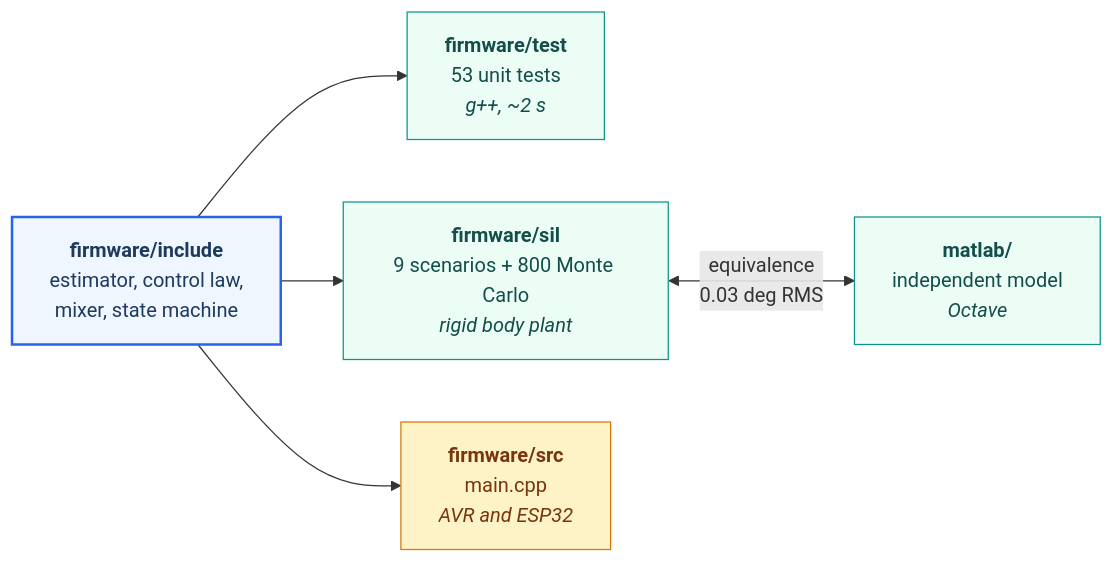
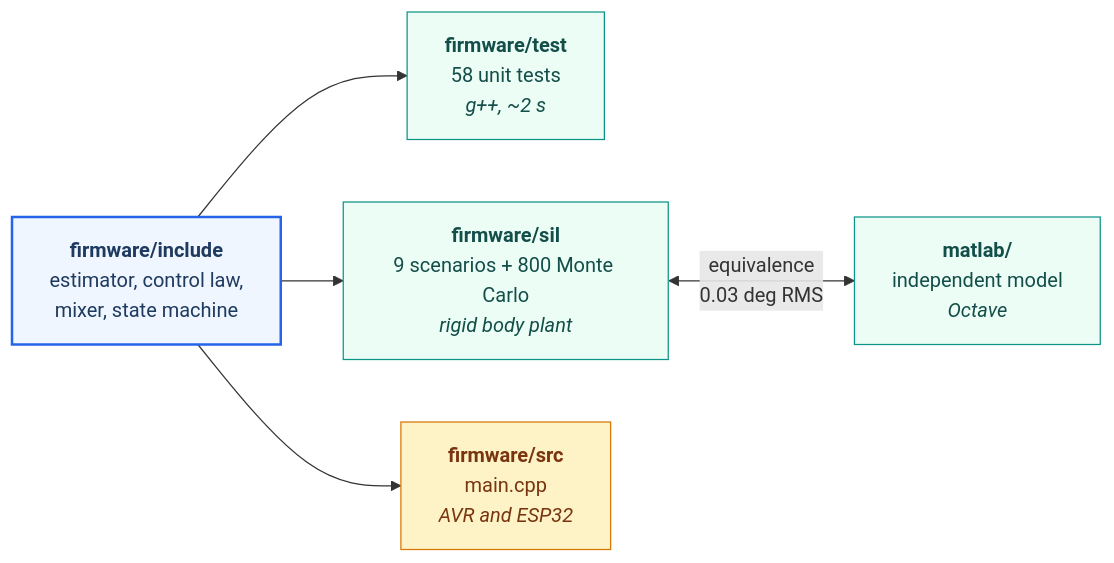
The second of 2 diagrams in docs/architecture.md (KHALEDNOAMAN/DroneCtrl), drawn with Mermaid before and after one commit. The commit also changed other lines of this file and 11 other files, not shown here.

````diff
--- a/docs/architecture.md
+++ b/docs/architecture.md
@@ -68,22 +68,22 @@
 ```mermaid
 flowchart LR
     SRC["<b>firmware/include</b><br/>estimator, control law,<br/>mixer, state machine"]
 
-    UT["<b>firmware/test</b><br/>53 unit tests<br/><i>g++, ~2 s</i>"]
+    UT["<b>firmware/test</b><br/>58 unit tests<br/><i>g++, ~2 s</i>"]
     SIL["<b>firmware/sil</b><br/>9 scenarios + 800 Monte Carlo<br/><i>rigid body plant</i>"]
     FW["<b>firmware/src</b><br/>main.cpp<br/><i>AVR and ESP32</i>"]
 
     MIL["<b>matlab/</b><br/>independent model<br/><i>Octave</i>"]
 
     SRC --> UT
     SRC --> SIL
     SRC --> FW
     SIL <-->|"equivalence<br/>0.03 deg RMS"| MIL
 
     classDef src fill:#eff6ff,stroke:#2563eb,stroke-width:2px,color:#1e3a5f
     classDef test fill:#ecfdf5,stroke:#0d9488,color:#134e4a
     classDef flight fill:#fef3c7,stroke:#d97706,color:#78350f
     class SRC src
     class UT,SIL,MIL test
     class FW flight
 ```
````
